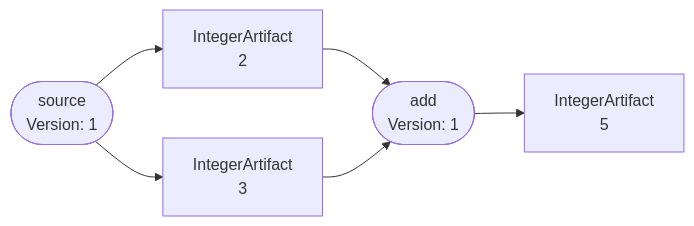
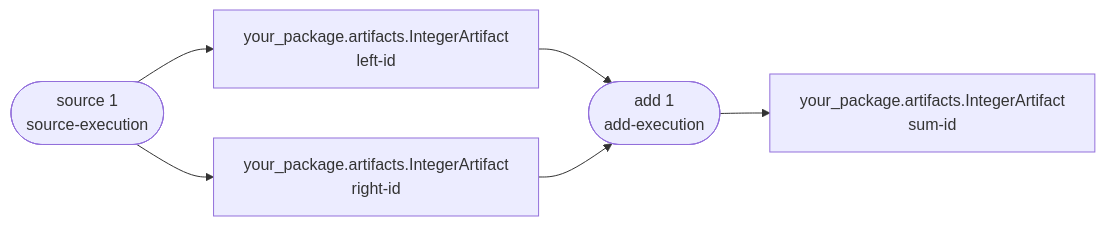
Before and after one commit to SirDavidLudwig/provium: the second of 2 diagrams in README.md, drawn with Mermaid. The commit also changed other lines of this file and 16 other files, not shown here.

````diff
--- a/README.md
+++ b/README.md
@@ -119,14 +151,14 @@
 ```mermaid
 flowchart LR
-    source(["source<br/>Version: 1"])
-    left["IntegerArtifact<br/>2"]
-    right["IntegerArtifact<br/>3"]
-    add(["add<br/>Version: 1"])
-    total["IntegerArtifact<br/>5"]
+    source(["source 1<br/>source-execution"])
+    left["your_package.artifacts.IntegerArtifact<br/>left-id"]
+    right["your_package.artifacts.IntegerArtifact<br/>right-id"]
+    add(["add 1<br/>add-execution"])
+    total["your_package.artifacts.IntegerArtifact<br/>sum-id"]
 
     source --> left
     source --> right
     left --> add
     right --> add
     add --> total
 ```
````
